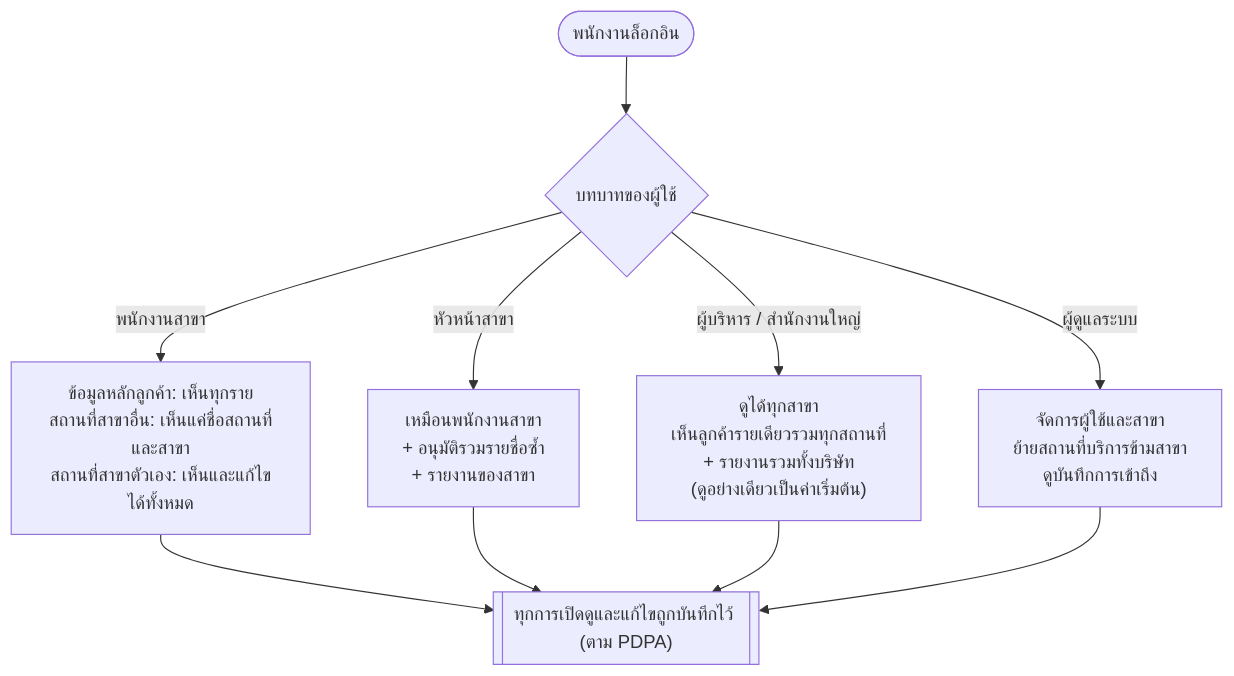
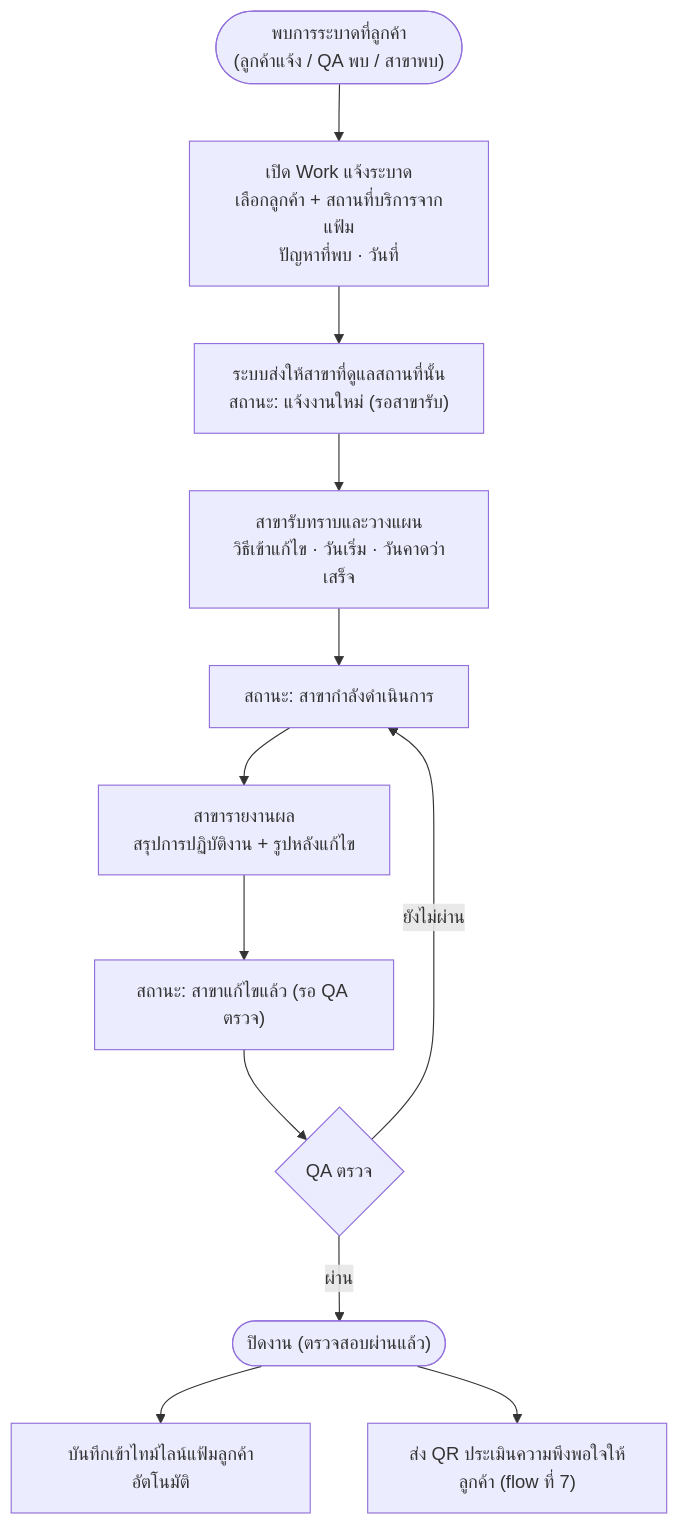
Before and after one commit to warayuthsema-alt/my-house-sh2401: the fifth of 12 diagrams in docs/research/2026-11-07-advance-group-asia-workflow-diagrams.md, drawn with Mermaid. The commit also changed other lines of this file and 1 other file, not shown here.

First line of the commit message:
Workflow diagrams v4: merge Customer History into Advance Quality System

````diff
--- a/docs/research/2026-11-07-advance-group-asia-workflow-diagrams.md
+++ b/docs/research/2026-11-07-advance-group-asia-workflow-diagrams.md
@@ -96,11 +127,14 @@
 ```mermaid
 flowchart TD
-    A(["พนักงานล็อกอิน"]) --> B{"บทบาทของผู้ใช้"}
-
-    B -- "พนักงานสาขา" --> C["ข้อมูลหลักลูกค้า: เห็นทุกราย<br/>สถานที่สาขาอื่น: เห็นแค่ชื่อสถานที่และสาขา<br/>สถานที่สาขาตัวเอง: เห็นและแก้ไขได้ทั้งหมด"]
-    B -- "หัวหน้าสาขา" --> D["เหมือนพนักงานสาขา<br/>+ อนุมัติรวมรายชื่อซ้ำ<br/>+ รายงานของสาขา"]
-    B -- "ผู้บริหาร / สำนักงานใหญ่" --> E["ดูได้ทุกสาขา<br/>เห็นลูกค้ารายเดียวรวมทุกสถานที่<br/>+ รายงานรวมทั้งบริษัท<br/>(ดูอย่างเดียวเป็นค่าเริ่มต้น)"]
-    B -- "ผู้ดูแลระบบ" --> F["จัดการผู้ใช้และสาขา<br/>ย้ายสถานที่บริการข้ามสาขา<br/>ดูบันทึกการเข้าถึง"]
-
-    C & D & E & F --> G[["ทุกการเปิดดูและแก้ไขถูกบันทึกไว้ (ตาม PDPA)"]]
+    A(["พบการระบาดที่ลูกค้า<br/>(ลูกค้าแจ้ง / QA พบ / สาขาพบ)"]) --> B["เปิด Work แจ้งระบาด<br/>เลือกลูกค้า + สถานที่บริการจากแฟ้ม<br/>ปัญหาที่พบ · วันที่"]
+    B --> C["ระบบส่งให้สาขาที่ดูแลสถานที่นั้น<br/>สถานะ: แจ้งงานใหม่ (รอสาขารับ)"]
+    C --> D["สาขารับทราบและวางแผน<br/>วิธีเข้าแก้ไข · วันเริ่ม · วันคาดว่าเสร็จ"]
+    D --> E["สถานะ: สาขากำลังดำเนินการ"]
+    E --> F["สาขารายงานผล<br/>สรุปการปฏิบัติงาน + รูปหลังแก้ไข"]
+    F --> G["สถานะ: สาขาแก้ไขแล้ว (รอ QA ตรวจ)"]
+    G --> H{"QA ตรวจ"}
+    H -- "ยังไม่ผ่าน" --> E
+    H -- "ผ่าน" --> I(["ปิดงาน (ตรวจสอบผ่านแล้ว)"])
+    I --> J["บันทึกเข้าไทม์ไลน์แฟ้มลูกค้าอัตโนมัติ"]
+    I --> K["ส่ง QR ประเมินความพึงพอใจให้ลูกค้า (flow ที่ 7)"]
 ```
````
